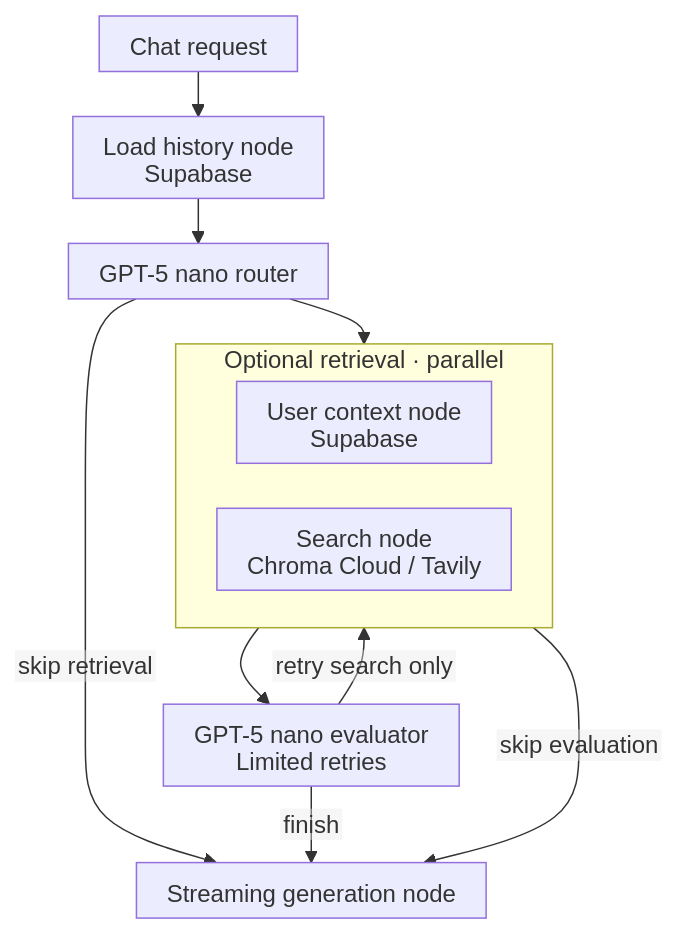
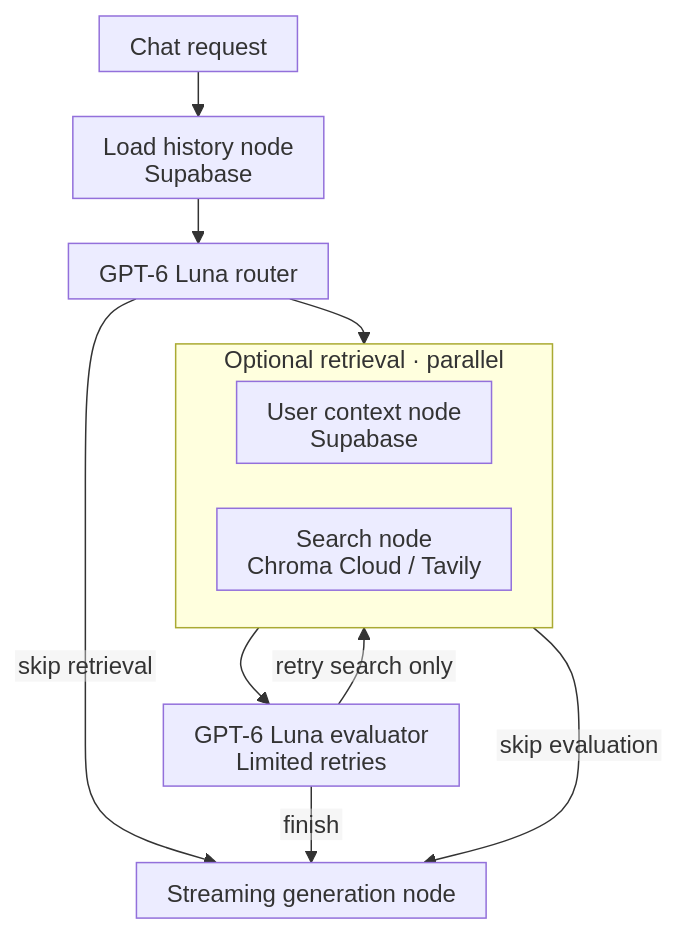
Before and after one commit to xurichard19/strength-and-conditioning-rag: the third of 5 diagrams in README.md, drawn with Mermaid. The commit also changed 70 other files, not shown here.

First line of the commit message:
Adopt GPT-6 Luna and document backend APIs

````diff
--- a/README.md
+++ b/README.md
@@ -91,28 +91,28 @@
 ```mermaid
 ---
 config:
   htmlLabels: false
   flowchart:
     htmlLabels: false
     nodeSpacing: 30
     rankSpacing: 30
     padding: 10
 ---
 flowchart TB
     Request["Chat request"] --> History["Load history node<br/>Supabase"]
-    History --> Route["GPT-5 nano router"]
+    History --> Route["GPT-6 Luna router"]
 
     subgraph Retrieval["Optional retrieval · parallel"]
         Context["User context node<br/>Supabase"]
         Search["Search node<br/>Chroma Cloud / Tavily"]
     end
 
     Route --> Retrieval
     Route -->|skip retrieval| Generate
-    Retrieval --> Evaluate["GPT-5 nano evaluator<br/>Limited retries"]
+    Retrieval --> Evaluate["GPT-6 Luna evaluator<br/>Limited retries"]
     Retrieval -->|skip evaluation| Generate
     Evaluate -->|retry search only| Retrieval
     Evaluate -->|finish| Generate
 
     Generate["Streaming generation node"]
 ```
````
